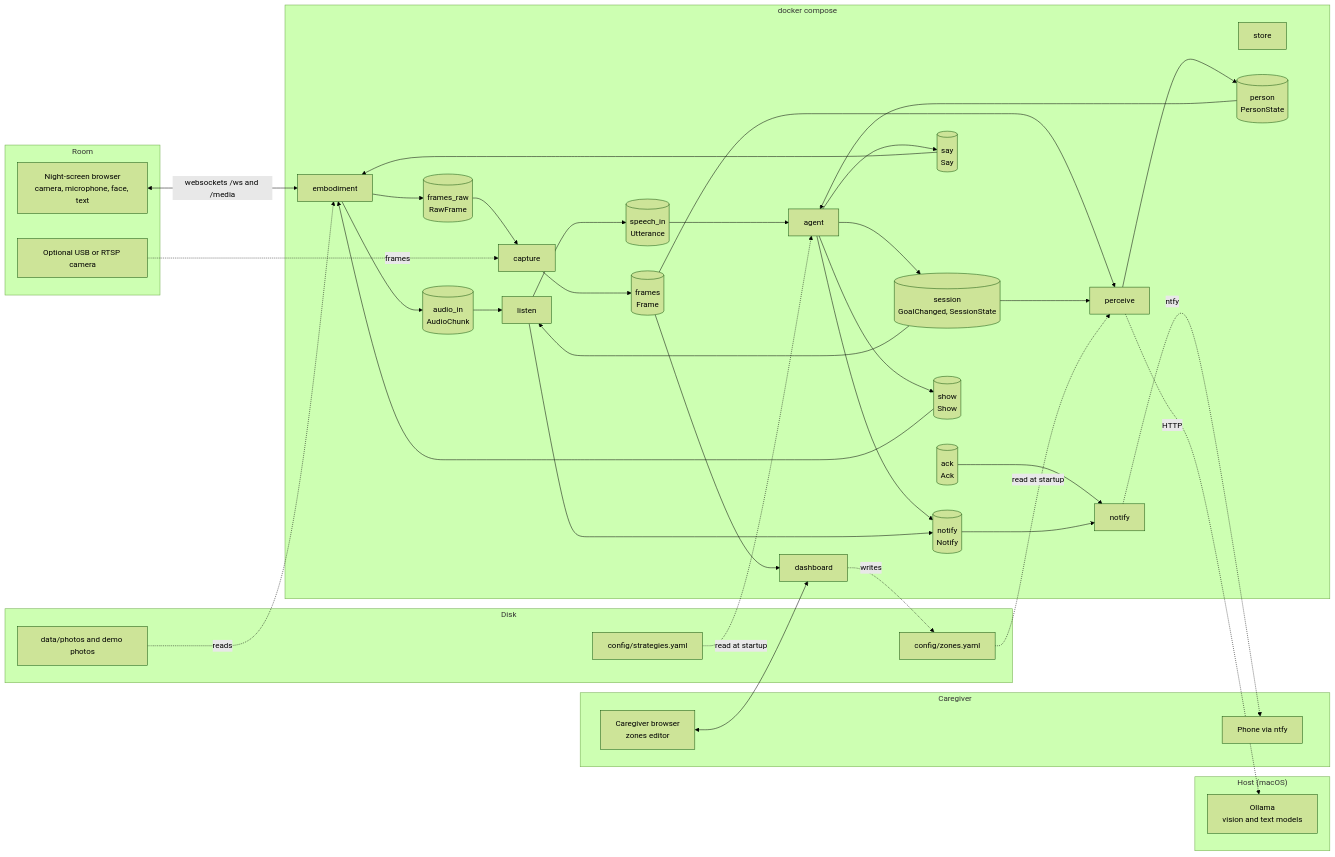
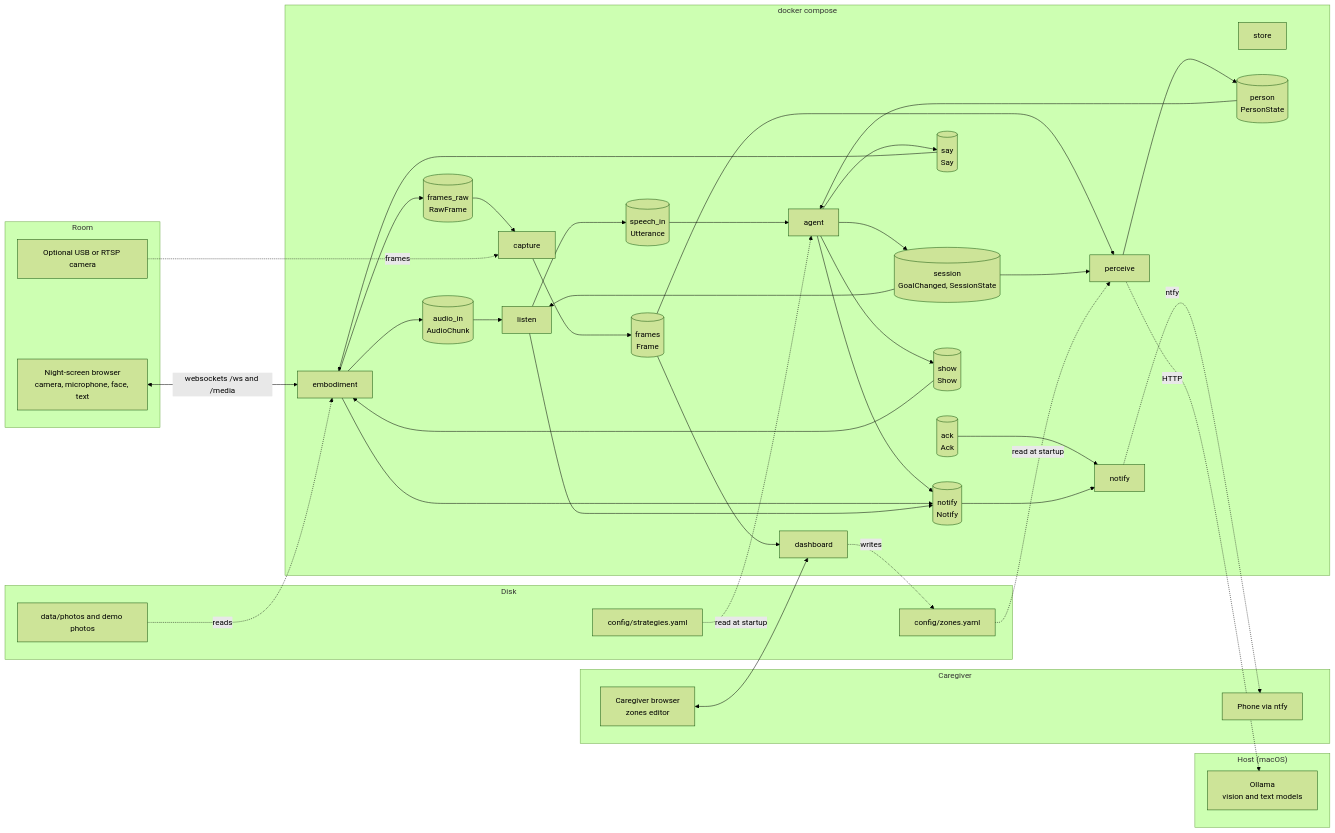
The first of 2 diagrams in ARCHITECTURE.md (Afrovis/ai-agent-dementia), drawn with Mermaid (forest theme) before and after one commit. The commit also changed other lines of this file and 16 other files, not shown here.

````diff
--- a/ARCHITECTURE.md
+++ b/ARCHITECTURE.md
@@ -15,75 +15,76 @@
 ```mermaid
 flowchart LR
   subgraph room["Room"]
     browser["Night-screen browser<br/>camera, microphone, face, text"]
     camera["Optional USB or RTSP camera"]
   end
 
   subgraph compose["docker compose"]
     s_agent["agent"]
     s_capture["capture"]
     s_dashboard["dashboard"]
     s_embodiment["embodiment"]
     s_listen["listen"]
     s_notify["notify"]
     s_perceive["perceive"]
     s_store["store"]
     q_ack[("ack<br/>Ack")]
     q_audio_in[("audio_in<br/>AudioChunk")]
     q_frames[("frames<br/>Frame")]
     q_frames_raw[("frames_raw<br/>RawFrame")]
     q_notify[("notify<br/>Notify")]
     q_person[("person<br/>PersonState")]
     q_say[("say<br/>Say")]
     q_session[("session<br/>GoalChanged, SessionState")]
     q_show[("show<br/>Show")]
     q_speech_in[("speech_in<br/>Utterance")]
   end
 
   subgraph host["Host (macOS)"]
     ollama["Ollama<br/>vision and text models"]
   end
 
   subgraph caregiver["Caregiver"]
     phone["Phone via ntfy"]
     cg_browser["Caregiver browser<br/>zones editor"]
   end
 
   subgraph disk["Disk"]
     zones["config/zones.yaml"]
     strategies["config/strategies.yaml"]
     photos["data/photos and demo photos"]
   end
 
   q_ack --> s_notify
   s_embodiment --> q_audio_in
   q_audio_in --> s_listen
   s_capture --> q_frames
   q_frames --> s_dashboard
   q_frames --> s_perceive
   s_embodiment --> q_frames_raw
   q_frames_raw --> s_capture
   s_agent --> q_notify
+  s_embodiment --> q_notify
   s_listen --> q_notify
   q_notify --> s_notify
   s_perceive --> q_person
   q_person --> s_agent
   s_agent --> q_say
   q_say --> s_embodiment
   s_agent --> q_session
   q_session --> s_listen
   q_session --> s_perceive
   s_agent --> q_show
   q_show --> s_embodiment
   s_listen --> q_speech_in
   q_speech_in --> s_agent
   browser <-->|"websockets /ws and /media"| s_embodiment
   camera -.->|"frames"| s_capture
   s_perceive -.->|"HTTP"| ollama
   s_notify -.->|"ntfy"| phone
   cg_browser <--> s_dashboard
   zones -.->|"read at startup"| s_perceive
   s_dashboard -.->|"writes"| zones
   strategies -.->|"read at startup"| s_agent
   photos -.->|"reads"| s_embodiment
 ```
````
